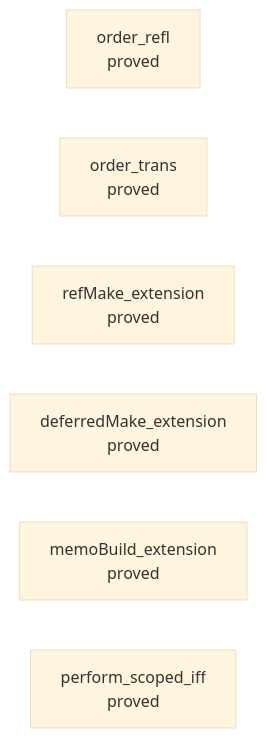
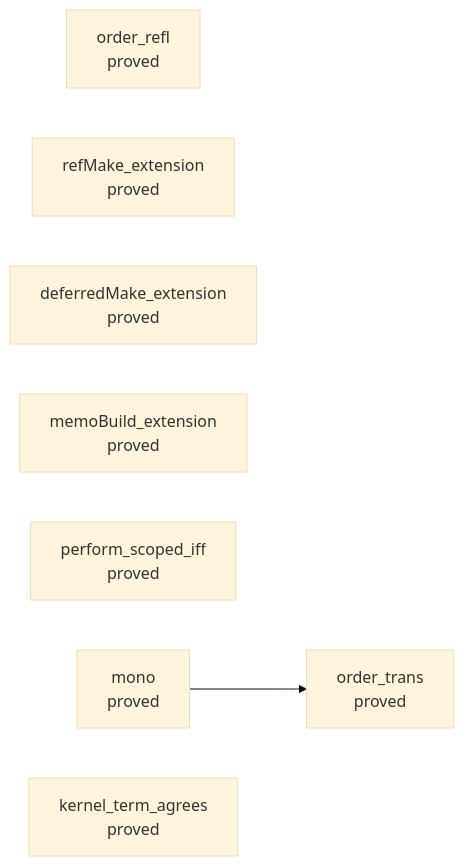
The fourth of 13 diagrams in generated/semantics.md (pure-algebra/lean4-effect4), drawn with Mermaid (base theme) before and after one commit. The commit also changed other lines of this file and 34 other files, not shown here.

````diff
--- a/generated/semantics.md
+++ b/generated/semantics.md
@@ -1914,9 +1934,12 @@
 ```mermaid
 flowchart LR
   n0["order_refl<br/>proved"]
   n1["order_trans<br/>proved"]
   n2["refMake_extension<br/>proved"]
   n3["deferredMake_extension<br/>proved"]
   n4["memoBuild_extension<br/>proved"]
   n5["perform_scoped_iff<br/>proved"]
+  n6["mono<br/>proved"]
+  n7["kernel_term_agrees<br/>proved"]
+  n6 --> n1
 ```
````
